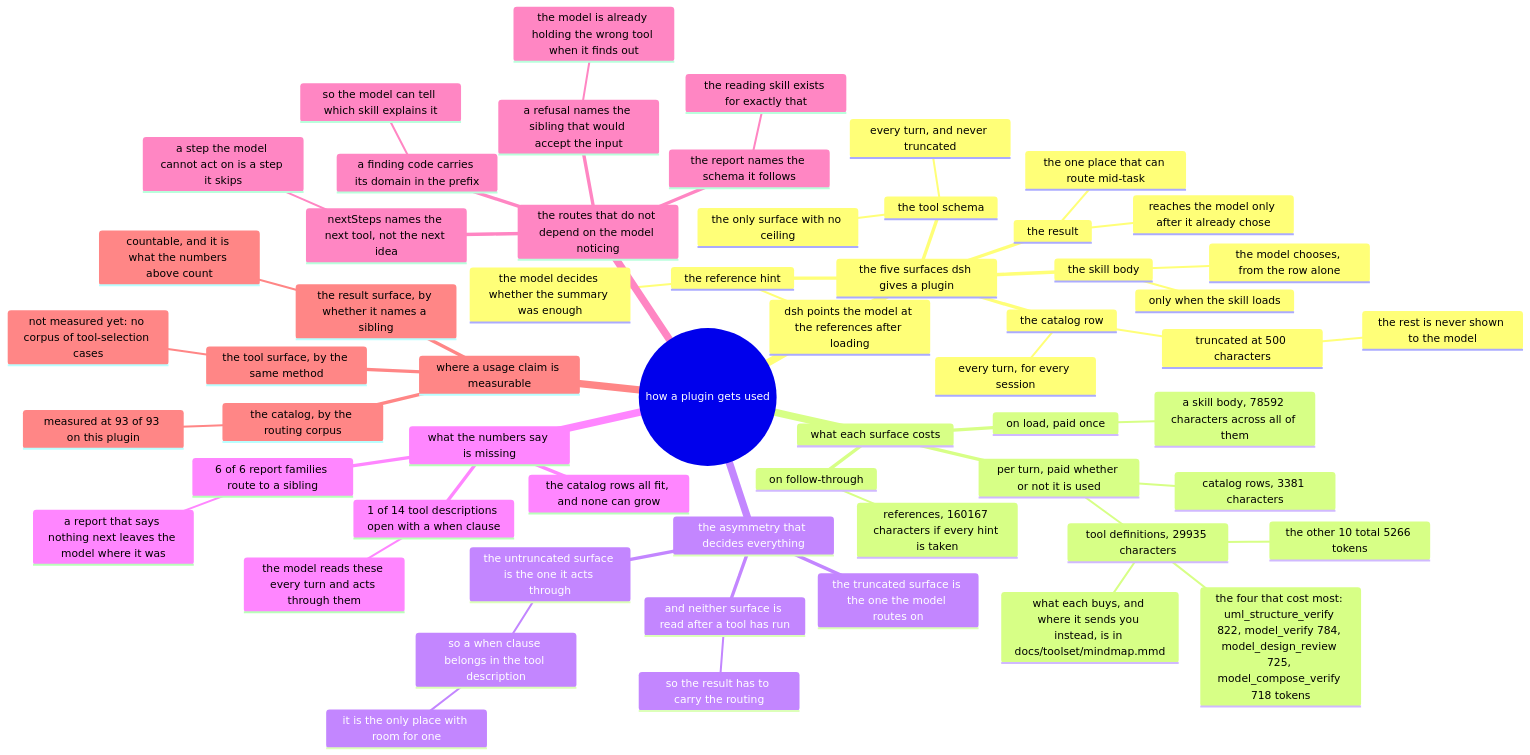
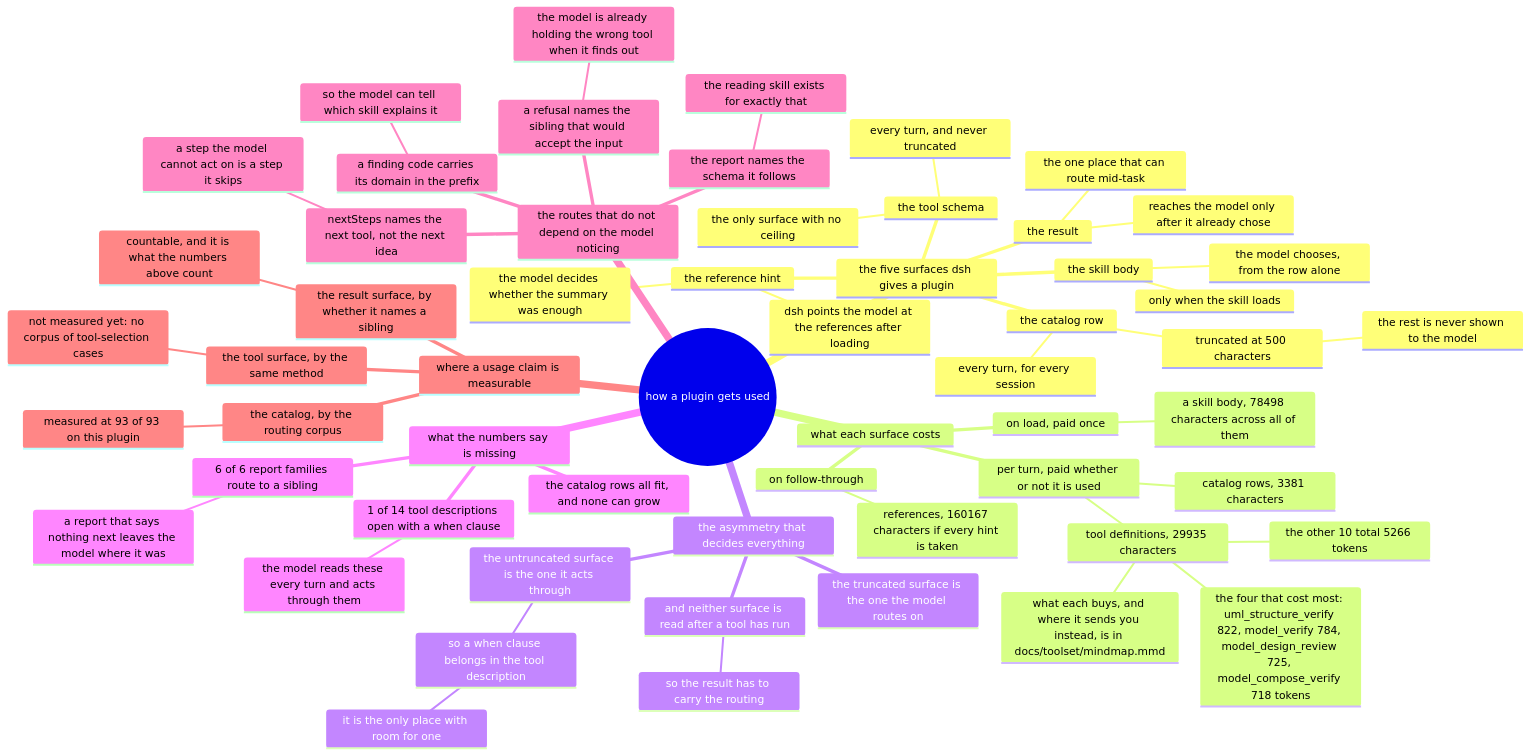
The diagram in docs/usage/mindmap.mmd (AmethystLuna/dsh-model-everything), drawn with Mermaid before and after one commit. The commit also changed 7 other files, not shown here.

```diff
--- a/docs/usage/mindmap.mmd
+++ b/docs/usage/mindmap.mmd
@@ -1,59 +1,59 @@
 mindmap
 root((how a plugin gets used))
   the five surfaces dsh gives a plugin
     the catalog row
       every turn, for every session
       truncated at 500 characters
         the rest is never shown to the model
     the skill body
       only when the skill loads
       the model chooses, from the row alone
     the reference hint
       dsh points the model at the references after loading
       the model decides whether the summary was enough
     the tool schema
       every turn, and never truncated
       the only surface with no ceiling
     the result
       reaches the model only after it already chose
       the one place that can route mid-task
   what each surface costs
     per turn, paid whether or not it is used
       catalog rows, 3381 characters
       tool definitions, 29935 characters
         the four that cost most: uml_structure_verify 822, model_verify 784, model_design_review 725, model_compose_verify 718 tokens
         the other 10 total 5266 tokens
         what each buys, and where it sends you instead, is in docs/toolset/mindmap.mmd
     on load, paid once
-      a skill body, 78592 characters across all of them
+      a skill body, 78498 characters across all of them
     on follow-through
       references, 160167 characters if every hint is taken
   the asymmetry that decides everything
     the truncated surface is the one the model routes on
     the untruncated surface is the one it acts through
       so a when clause belongs in the tool description
         it is the only place with room for one
     and neither surface is read after a tool has run
       so the result has to carry the routing
   what the numbers say is missing
     1 of 14 tool descriptions open with a when clause
       the model reads these every turn and acts through them
     6 of 6 report families route to a sibling
       a report that says nothing next leaves the model where it was
     the catalog rows all fit, and none can grow
   the routes that do not depend on the model noticing
     a refusal names the sibling that would accept the input
       the model is already holding the wrong tool when it finds out
     nextSteps names the next tool, not the next idea
       a step the model cannot act on is a step it skips
     a finding code carries its domain in the prefix
       so the model can tell which skill explains it
     the report names the schema it follows
       the reading skill exists for exactly that
   where a usage claim is measurable
     the catalog, by the routing corpus
       measured at 93 of 93 on this plugin
     the tool surface, by the same method
       not measured yet: no corpus of tool-selection cases
     the result surface, by whether it names a sibling
       countable, and it is what the numbers above count
```
